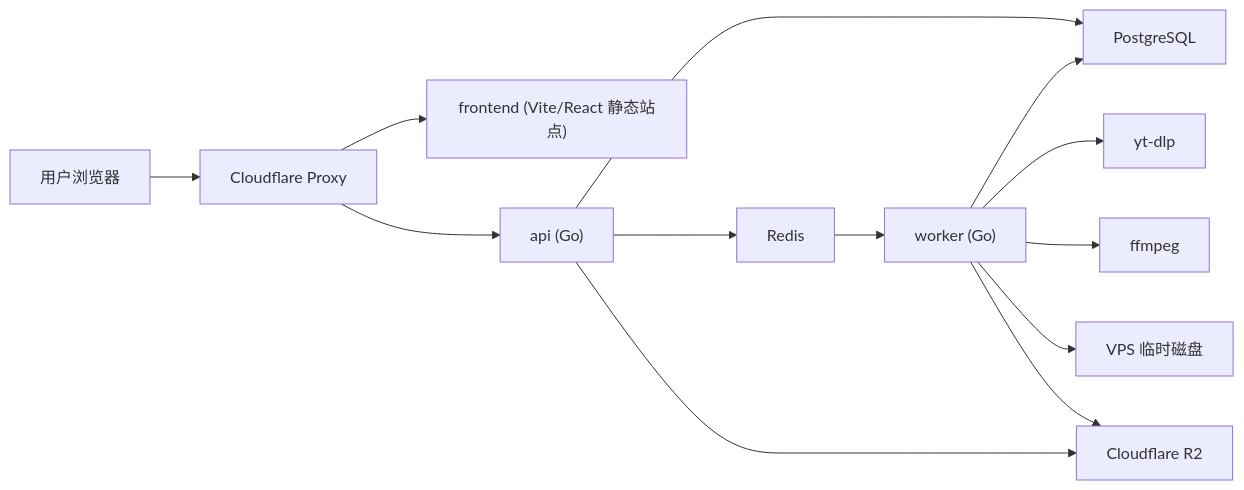
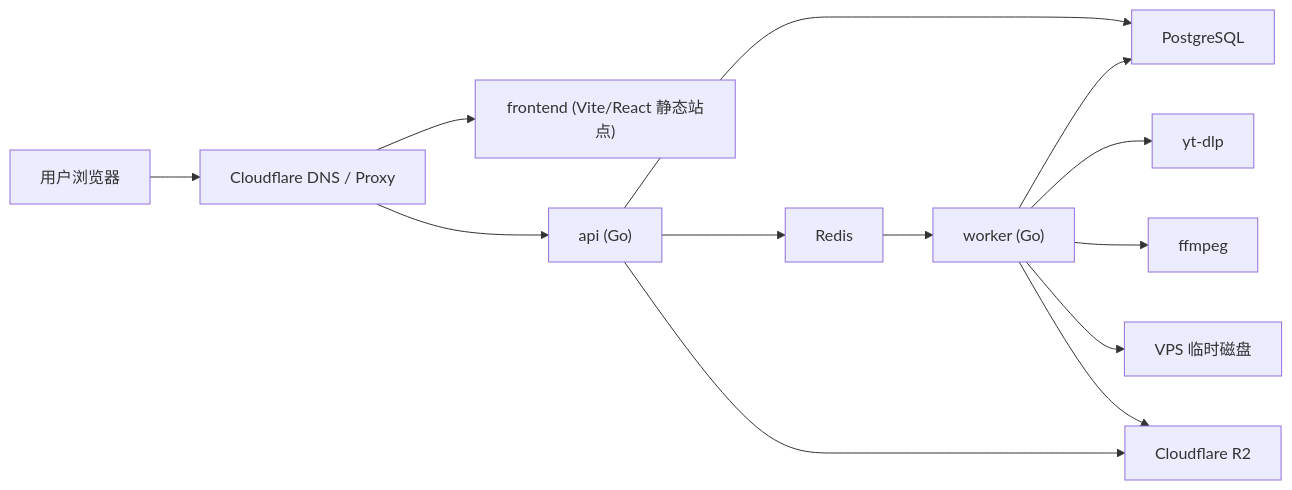
The diagram in TECHNICAL_DESIGN.md (walle233/yt-downloader), drawn with Mermaid before and after one commit. The commit also changed other lines of this file and 17 other files, not shown here.

````diff
--- a/TECHNICAL_DESIGN.md
+++ b/TECHNICAL_DESIGN.md
@@ -56,15 +58,15 @@
 ```mermaid
 flowchart LR
-    U["用户浏览器"] --> CF["Cloudflare Proxy"]
+    U["用户浏览器"] --> CF["Cloudflare DNS / Proxy"]
     CF --> FE["frontend (Vite/React 静态站点)"]
     CF --> API["api (Go)"]
     API --> PG["PostgreSQL"]
     API --> RD["Redis"]
     RD --> WK["worker (Go)"]
     WK --> Y["yt-dlp"]
     WK --> F["ffmpeg"]
     WK --> TMP["VPS 临时磁盘"]
     WK --> R2["Cloudflare R2"]
     WK --> PG
     API --> R2
 ```
````
